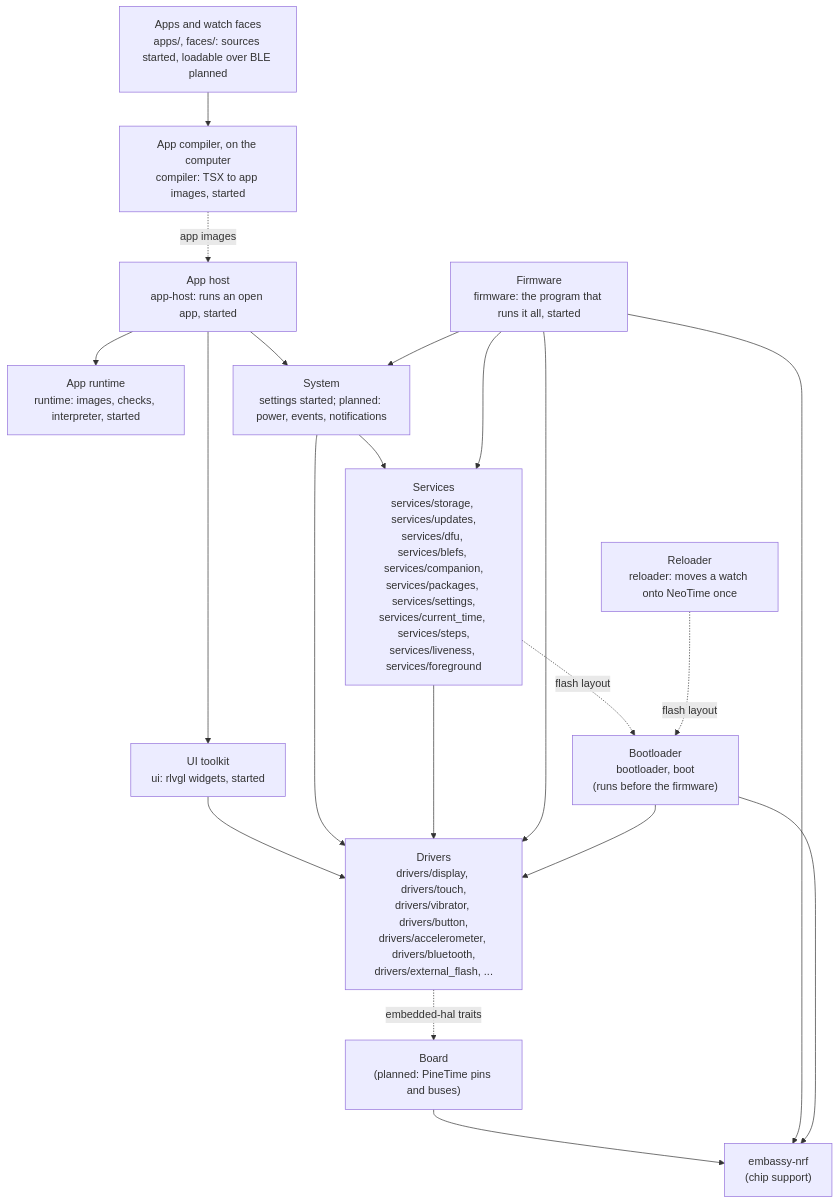
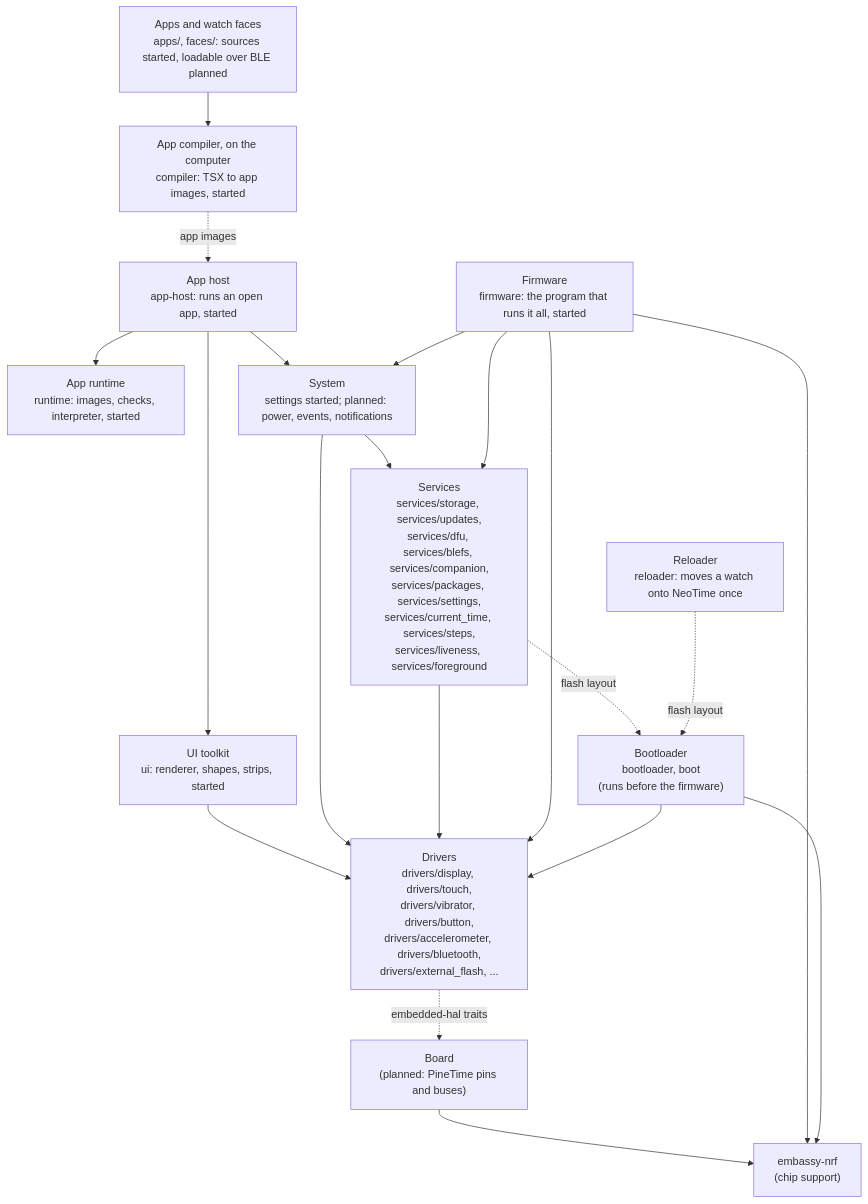
Before and after one commit to BeatLink/BattleTime: the diagram in docs/architecture.md, drawn with Mermaid. The commit also changed other lines of this file and 37 other files, not shown here.

First line of the commit message:
refactor(ui): draw widgets with NeoTime's own renderer instead of rlvgl

````diff
--- a/docs/architecture.md
+++ b/docs/architecture.md
@@ -28,38 +28,38 @@
 ```mermaid
 flowchart TB
     apps["Apps and watch faces<br/>apps/, faces/: sources started, loadable over BLE planned"]
     host["App host<br/>app-host: runs an open app, started"]
     compiler["App compiler, on the computer<br/>compiler: TSX to app images, started"]
     runtime["App runtime<br/>runtime: images, checks, interpreter, started"]
-    ui["UI toolkit<br/>ui: rlvgl widgets, started"]
+    ui["UI toolkit<br/>ui: renderer, shapes, strips, started"]
     system["System<br/>settings started; planned: power, events, notifications"]
     services["Services<br/>services/storage, services/updates,<br/>services/dfu, services/blefs, services/companion,<br/>services/packages, services/settings,<br/>services/current_time, services/steps,<br/>services/liveness, services/foreground"]
     drivers["Drivers<br/>drivers/display, drivers/touch,<br/>drivers/vibrator, drivers/button,<br/>drivers/accelerometer, drivers/bluetooth,<br/>drivers/external_flash, ..."]
     board["Board<br/>(planned: PineTime pins and buses)"]
     hal["embassy-nrf<br/>(chip support)"]
 
     apps --> compiler
     compiler -. app images .-> host
     host --> runtime
     host --> ui
     host --> system
     ui --> drivers
     system --> services
     system --> drivers
     services --> drivers
     drivers -. embedded-hal traits .-> board
     board --> hal
 
     firmware["Firmware<br/>firmware: the program that runs it all, started"]
     firmware --> system
     firmware --> services
     firmware --> drivers
     firmware --> hal
 
     bootloader["Bootloader<br/>bootloader, boot<br/>(runs before the firmware)"]
     bootloader --> drivers
     bootloader --> hal
     services -. flash layout .-> bootloader
     reloader["Reloader<br/>reloader: moves a watch onto NeoTime once"]
     reloader -. flash layout .-> bootloader
 ```
````
